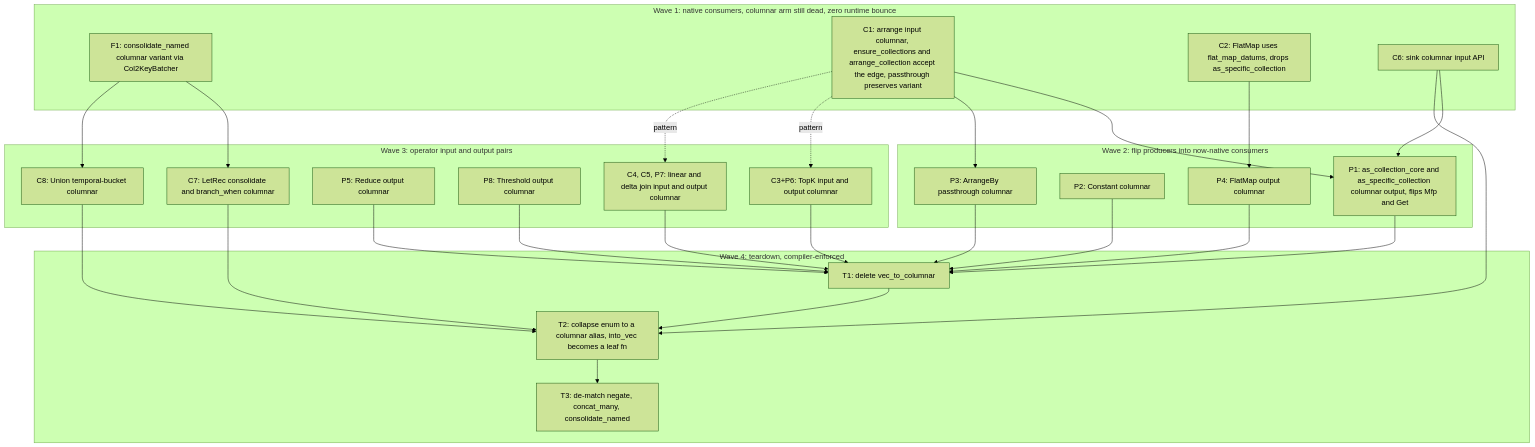
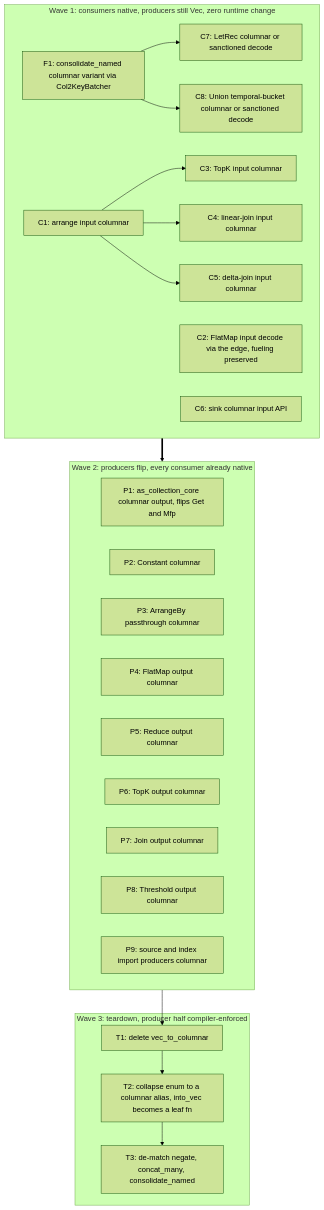
The diagram in doc/developer/design/20260720_columnar_dataflow_edges.md (MaterializeInc/materialize), drawn with Mermaid (forest theme) before and after one commit. The commit also changed other lines of this file, not shown here.

First line of the commit message:
doc: revise columnar edge design after adversarial review

````diff
--- a/doc/developer/design/20260720_columnar_dataflow_edges.md
+++ b/doc/developer/design/20260720_columnar_dataflow_edges.md
@@ -88,49 +137,39 @@
 ```mermaid
 graph TD
-  subgraph Wave1["Wave 1: native consumers, columnar arm still dead, zero runtime bounce"]
+  subgraph Wave1["Wave 1: consumers native, producers still Vec, zero runtime change"]
     F1["F1: consolidate_named columnar variant via Col2KeyBatcher"]
-    C1["C1: arrange input columnar, ensure_collections and arrange_collection accept the edge, passthrough preserves variant"]
-    C2["C2: FlatMap uses flat_map_datums, drops as_specific_collection"]
+    C1["C1: arrange input columnar"]
+    C2["C2: FlatMap input decode via the edge, fueling preserved"]
+    C3["C3: TopK input columnar"]
+    C4["C4: linear-join input columnar"]
+    C5["C5: delta-join input columnar"]
     C6["C6: sink columnar input API"]
+    C7["C7: LetRec columnar or sanctioned decode"]
+    C8["C8: Union temporal-bucket columnar or sanctioned decode"]
   end
-  subgraph Wave2["Wave 2: flip producers into now-native consumers"]
-    P1["P1: as_collection_core and as_specific_collection columnar output, flips Mfp and Get"]
+  subgraph Wave2["Wave 2: producers flip, every consumer already native"]
+    P1["P1: as_collection_core columnar output, flips Get and Mfp"]
     P2["P2: Constant columnar"]
     P3["P3: ArrangeBy passthrough columnar"]
     P4["P4: FlatMap output columnar"]
+    P5["P5: Reduce output columnar"]
+    P6["P6: TopK output columnar"]
+    P7["P7: Join output columnar"]
+    P8["P8: Threshold output columnar"]
+    P9["P9: source and index import producers columnar"]
   end
-  subgraph Wave3["Wave 3: operator input and output pairs"]
-    C3P6["C3+P6: TopK input and output columnar"]
-    C4C5P7["C4, C5, P7: linear and delta join input and output columnar"]
-    P5["P5: Reduce output columnar"]
-    P8["P8: Threshold output columnar"]
-    C7["C7: LetRec consolidate and branch_when columnar"]
-    C8["C8: Union temporal-bucket columnar"]
-  end
-  subgraph Wave4["Wave 4: teardown, compiler-enforced"]
+  subgraph Wave3["Wave 3: teardown, producer half compiler-enforced"]
     T1["T1: delete vec_to_columnar"]
     T2["T2: collapse enum to a columnar alias, into_vec becomes a leaf fn"]
     T3["T3: de-match negate, concat_many, consolidate_named"]
   end
-  C1 --> P1
-  C1 --> P3
-  C2 --> P4
-  C6 --> P1
-  C1 -.pattern.-> C3P6
-  C1 -.pattern.-> C4C5P7
   F1 --> C7
   F1 --> C8
-  P1 --> T1
-  P2 --> T1
-  P3 --> T1
-  P4 --> T1
-  C3P6 --> T1
-  C4C5P7 --> T1
-  P5 --> T1
-  P8 --> T1
+  C1 --> C3
+  C1 --> C4
+  C1 --> C5
+  Wave1 ==> Wave2
+  Wave2 --> T1
   T1 --> T2
-  C6 --> T2
-  C7 --> T2
-  C8 --> T2
   T2 --> T3
 ```
````
